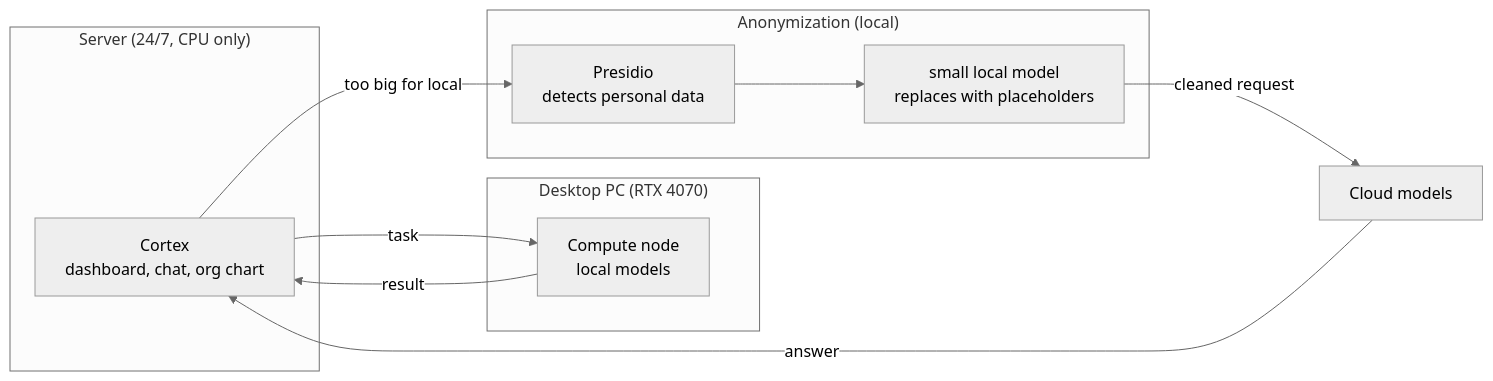
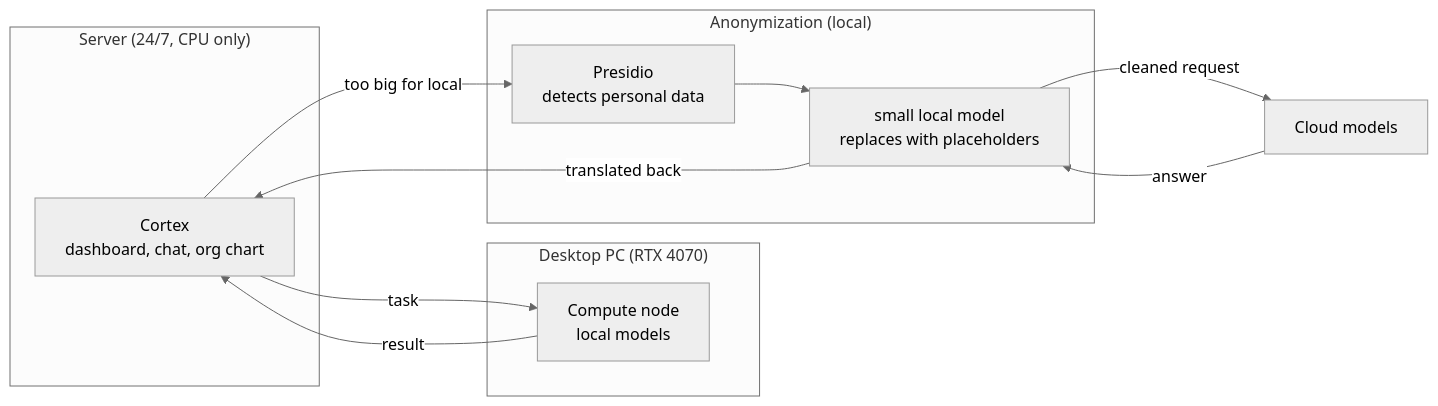
The second of 3 diagrams in src/content/blog/ki-setup-drei-anlaeufe.en.md (VugasDev/portfolio), drawn with Mermaid (neutral theme) before and after one commit. The commit also changed other lines of this file and 1 other file, not shown here.

Commit message:
KI-Setup-Beitrag: geplante Rückübersetzung der Anonymisierungs-Pipeline ergänzt
Claude-Session: https://claude.ai/code/session_01JaJhdhMGZmr3J44ZCy88hp

````diff
--- a/src/content/blog/ki-setup-drei-anlaeufe.en.md
+++ b/src/content/blog/ki-setup-drei-anlaeufe.en.md
@@ -80,18 +81,19 @@
 ```mermaid
 flowchart LR
   subgraph S["Server (24/7, CPU only)"]
     CX["Cortex<br/>dashboard, chat, org chart"]
   end
   subgraph P["Desktop PC (RTX 4070)"]
     N["Compute node<br/>local models"]
   end
   subgraph AN["Anonymization (local)"]
     PR["Presidio<br/>detects personal data"] --> LL["small local model<br/>replaces with placeholders"]
   end
   CL["Cloud models"]
   CX -->|"task"| N
   N -->|"result"| CX
   CX -->|"too big for local"| PR
   LL -->|"cleaned request"| CL
-  CL -->|"answer"| CX
+  CL -->|"answer"| LL
+  LL -->|"translated back"| CX
 ```
````
